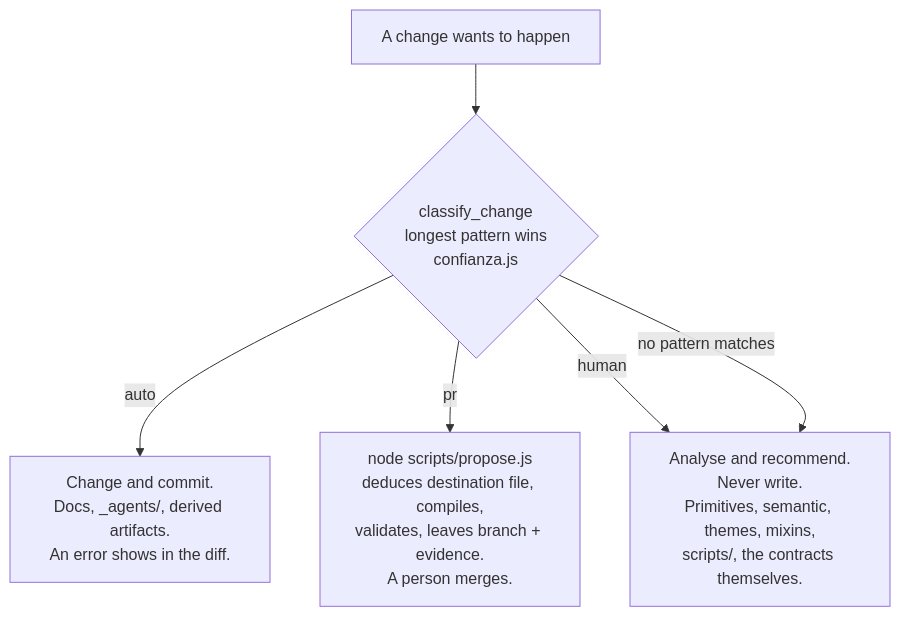
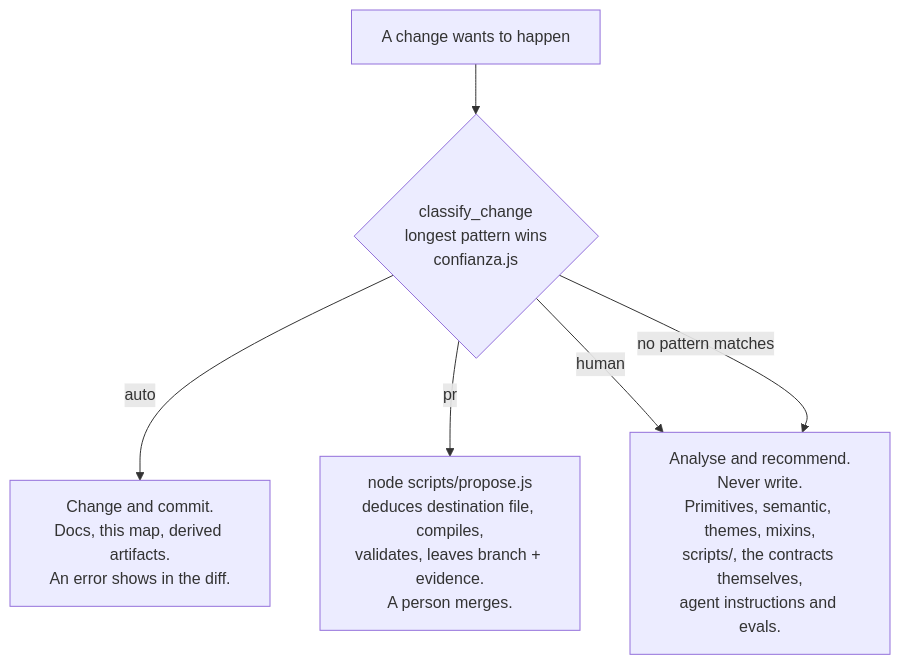
Before and after one commit to Pizarradas/syx: the third of 6 diagrams in _agents/architecture.md, drawn with Mermaid. The commit also changed other lines of this file and 6 other files, not shown here.

````diff
--- a/_agents/architecture.md
+++ b/_agents/architecture.md
@@ -103,8 +103,8 @@
 ```mermaid
 flowchart TB
     W["A change wants to happen"] --> C{"classify_change<br/>longest pattern wins<br/>confianza.js"}
-    C -->|auto| A["Change and commit.<br/>Docs, _agents/, derived artifacts.<br/>An error shows in the diff."]
+    C -->|auto| A["Change and commit.<br/>Docs, this map, derived artifacts.<br/>An error shows in the diff."]
     C -->|pr| P["node scripts/propose.js<br/>deduces destination file, compiles,<br/>validates, leaves branch + evidence.<br/>A person merges."]
-    C -->|human| H["Analyse and recommend.<br/>Never write.<br/>Primitives, semantic, themes, mixins,<br/>scripts/, the contracts themselves."]
+    C -->|human| H["Analyse and recommend.<br/>Never write.<br/>Primitives, semantic, themes, mixins,<br/>scripts/, the contracts themselves,<br/>agent instructions and evals."]
     C -->|no pattern matches| H
 ```
````
